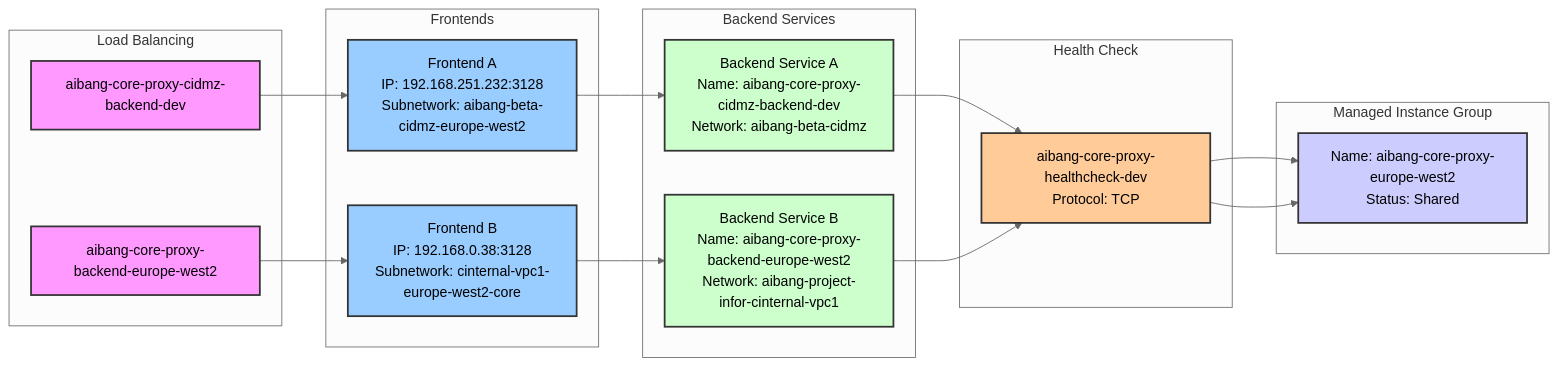
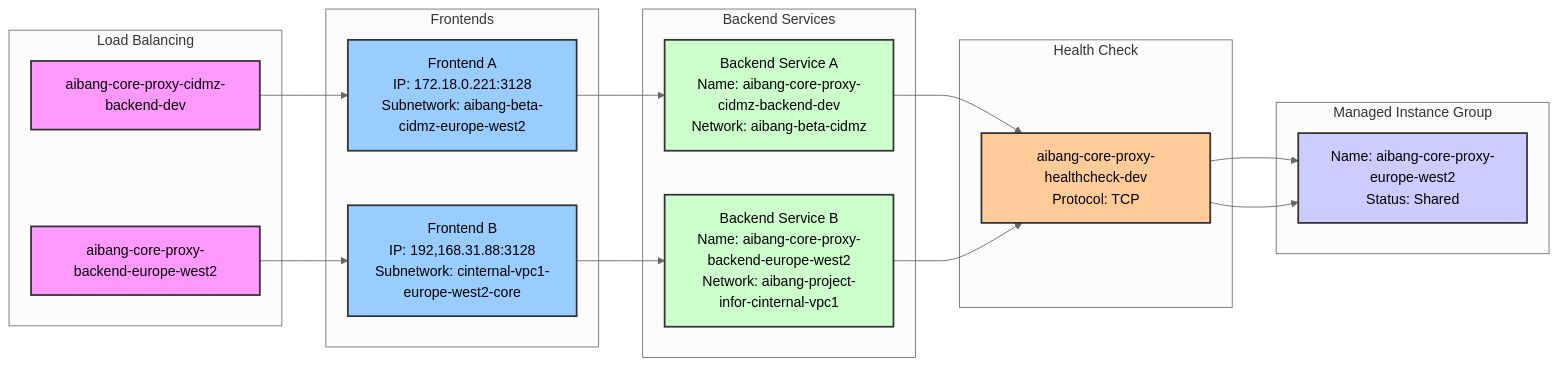
Before and after one commit to aibangjuxin/groovy: the first of 9 diagrams in gcp/lb-health-mig.md, drawn with Mermaid (neutral theme). The commit also changed other lines of this file, not shown here.

````diff
--- a/gcp/lb-health-mig.md
+++ b/gcp/lb-health-mig.md
@@ -6,43 +6,43 @@
 ```mermaid
 flowchart LR
     subgraph LoadBalancing["Load Balancing"]
         LB1["aibang-core-proxy-cidmz-backend-dev"]:::loadbalancer
         LB2["aibang-core-proxy-backend-europe-west2"]:::loadbalancer
     end
 
     subgraph Frontends["Frontends"]
-        F1["Frontend A<br>IP: 192.168.251.232:3128<br>Subnetwork: aibang-beta-cidmz-europe-west2"]:::frontend
-        F2["Frontend B<br>IP: 192.168.0.38:3128<br>Subnetwork: cinternal-vpc1-europe-west2-core"]:::frontend
+        F1["Frontend A<br>IP: 172.18.0.221:3128<br>Subnetwork: aibang-beta-cidmz-europe-west2"]:::frontend
+        F2["Frontend B<br>IP: 192,168.31.88:3128<br>Subnetwork: cinternal-vpc1-europe-west2-core"]:::frontend
     end
 
     subgraph BackendServices["Backend Services"]
         BA["Backend Service A<br>Name: aibang-core-proxy-cidmz-backend-dev<br>Network: aibang-beta-cidmz"]:::backendservice
         BB["Backend Service B<br>Name: aibang-core-proxy-backend-europe-west2<br>Network: aibang-project-infor-cinternal-vpc1"]:::backendservice
     end
 
     subgraph HealthCheck["Health Check"]
         HC["aibang-core-proxy-healthcheck-dev<br>Protocol: TCP"]:::healthcheck
     end
 
     subgraph InstanceGroup["Managed Instance Group"]
         MIG["Name: aibang-core-proxy-europe-west2<br>Status: Shared"]:::instancegroup
     end
 
     %% Connections for Backend Service A
     LB1 --> F1
     F1 --> BA
     BA --> HC
     HC --> MIG
 
     %% Connections for Backend Service B
     LB2 --> F2
     F2 --> BB
     BB --> HC
     HC --> MIG
 
     classDef loadbalancer fill:#f9f,stroke:#333,stroke-width:2px;
     classDef frontend fill:#9cf,stroke:#333,stroke-width:2px;
     classDef backendservice fill:#cfc,stroke:#333,stroke-width:2px;
     classDef healthcheck fill:#fc9,stroke:#333,stroke-width:2px;
     classDef instancegroup fill:#ccf,stroke:#333,stroke-width:2px;
 ```
````
